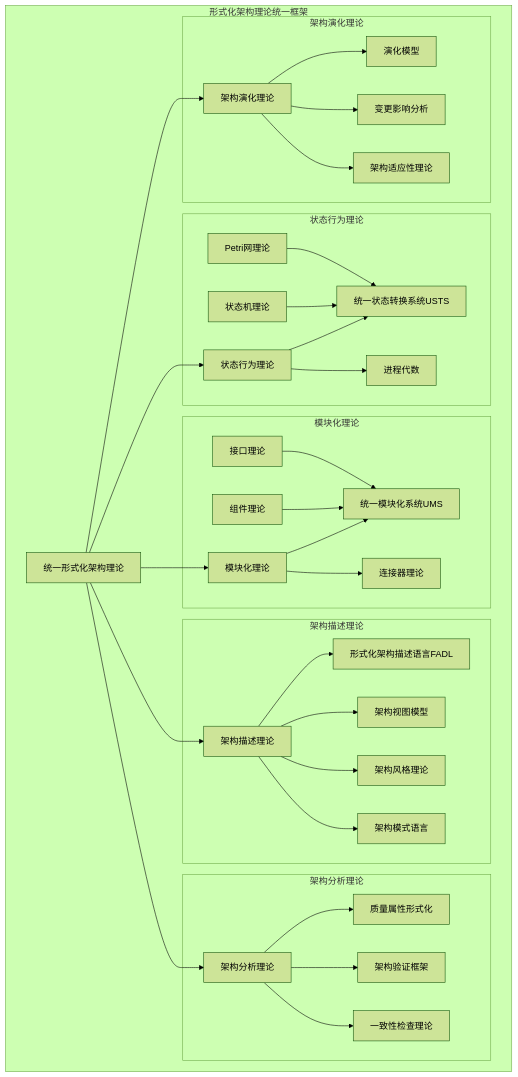
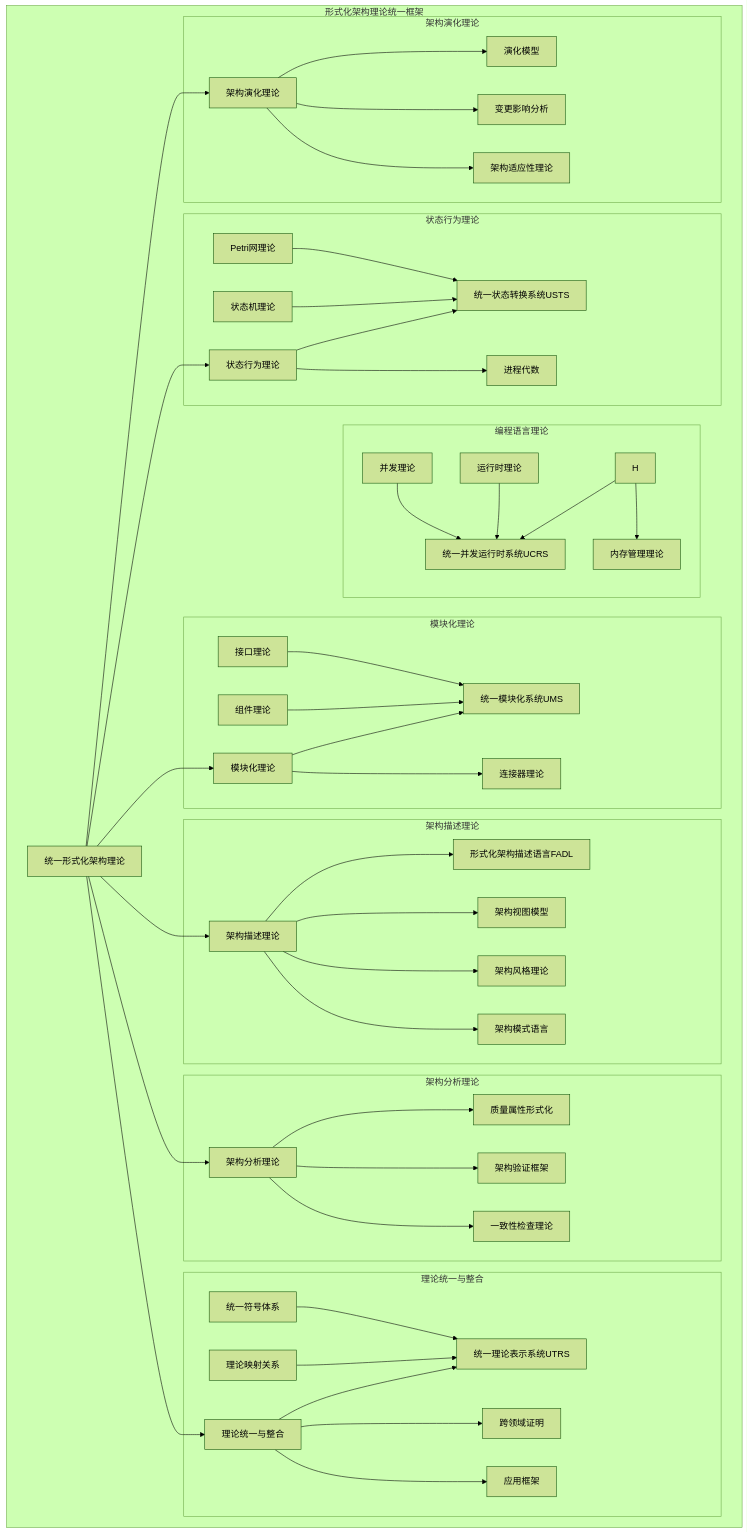
Before and after one commit to AdaMartin18010/formal-architecture: the first of 4 diagrams in Analysis/形式化架构理论导航图.md, drawn with Mermaid (forest theme). The commit also changed other lines of this file and 10 other files, not shown here.

```diff
--- a/Analysis/形式化架构理论导航图.md
+++ b/Analysis/形式化架构理论导航图.md
@@ -29,12 +30,14 @@
         D[架构描述理论]
         E[架构分析理论]
         F[架构演化理论]
+        G[理论统一与整合]
         
         A --> B
         A --> C
         A --> D
         A --> E
         A --> F
+        A --> G
         
         subgraph "状态行为理论"
             B1[统一状态转换系统USTS]
@@ -58,6 +61,32 @@
             C2 --> C1
             C3 --> C1
             C --> C4
+        end
+        
+        subgraph "编程语言理论"
+            H1[统一并发运行时系统UCRS]
+            H2[运行时理论]
+            H3[并发理论]
+            H4[内存管理理论]
+            
+            H --> H1
+            H2 --> H1
+            H3 --> H1
+            H --> H4
+        end
+        
+        subgraph "理论统一与整合"
+            G1[统一理论表示系统UTRS]
+            G2[理论映射关系]
+            G3[统一符号体系]
+            G4[跨领域证明]
+            G5[应用框架]
+            
+            G --> G1
+            G2 --> G1
+            G3 --> G1
+            G --> G4
+            G --> G5
         end
         
         subgraph "架构描述理论"
```
